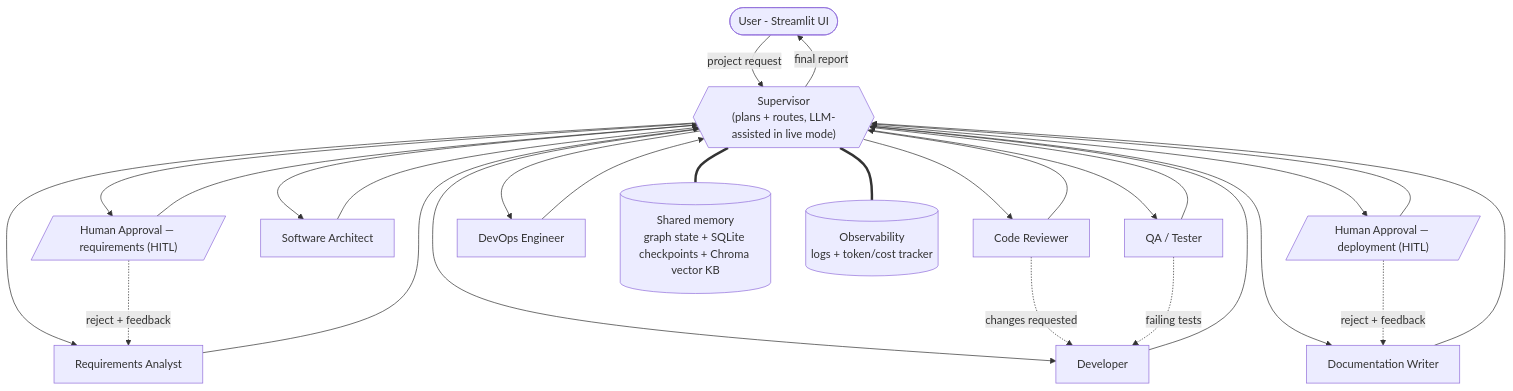
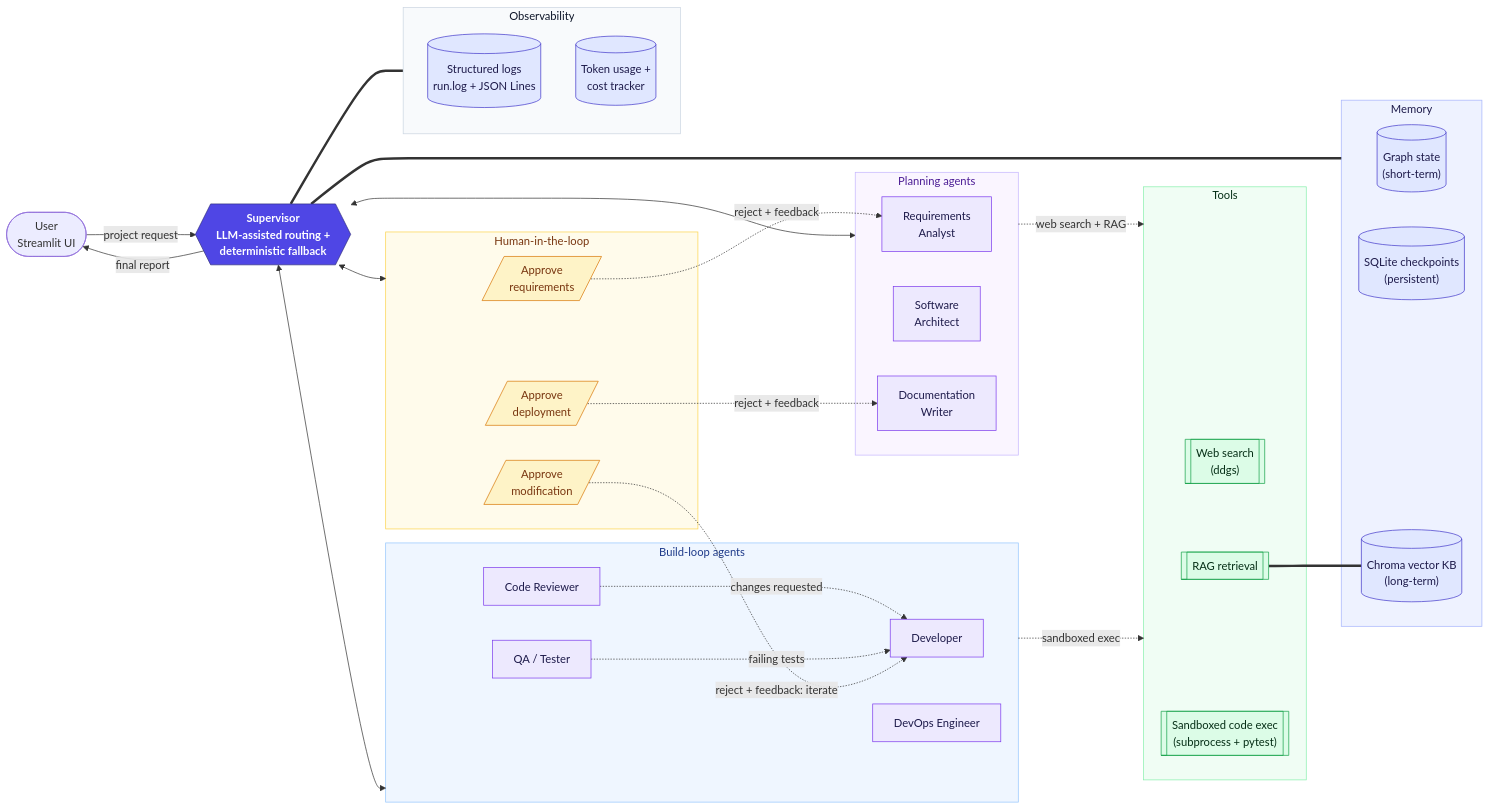
The diagram in docs/architecture.md (ATHOY43259/Devcrew-ai), drawn with Mermaid before and after one commit. The commit also changed other lines of this file and 1 other file, not shown here.

Commit message:
docs: regenerate the architecture diagram to match the current system
The old diagram (from the starter template) showed only 1 HITL gate and
predated the deployment gate, the modification loop, and LLM-assisted
routing entirely — no longer an accurate picture for submission.

Redrew it grouped by rubric category (planning agents, build-loop agents,
HITL gates, tools, memory, observability) with distinct colors per group,
so a grader can map diagram -> rubric line items directly: 7 agents across
2 groups, all 3 HITL gates with their specific reject-loops (Requirements
Analyst, Doc Writer, Developer), the 5 collaboration loops, 3 tools, 3
memory stores, 2 observability stores. Rendered via mermaid.ink from the
markdown source (docs/architecture.md) so the .md and .png stay in sync.

````diff
--- a/docs/architecture.md
+++ b/docs/architecture.md
@@ -14,36 +14,83 @@
 ```mermaid
-flowchart TD
-    USER([User - Streamlit UI])
-    SUP{{"Supervisor<br/>(plans + routes, LLM-assisted in live mode)"}}
-    HITL[/"Human Approval — requirements (HITL)"/]
-    HITL2[/"Human Approval — deployment (HITL)"/]
-    RA["Requirements Analyst"]
-    AR["Software Architect"]
-    DEV["Developer"]
-    REV["Code Reviewer"]
-    QA["QA / Tester"]
-    DOC["Documentation Writer"]
-    OPS["DevOps Engineer"]
-    MEM[("Shared memory<br/>graph state + SQLite checkpoints + Chroma vector KB")]
-    OBS[("Observability<br/>logs + token/cost tracker")]
+flowchart LR
+    USER(["User<br/>Streamlit UI"])
+    SUP{{"Supervisor<br/>LLM-assisted routing +<br/>deterministic fallback"}}
+
+    subgraph PLAN[" Planning agents "]
+        RA["Requirements<br/>Analyst"]
+        AR["Software<br/>Architect"]
+        DOC["Documentation<br/>Writer"]
+    end
+
+    subgraph BUILD[" Build-loop agents "]
+        DEV["Developer"]
+        REV["Code Reviewer"]
+        QA["QA / Tester"]
+        OPS["DevOps Engineer"]
+    end
+
+    subgraph GATES[" Human-in-the-loop "]
+        H1[/"Approve<br/>requirements"/]
+        H2[/"Approve<br/>deployment"/]
+        H3[/"Approve<br/>modification"/]
+    end
+
+    subgraph TOOLS[" Tools "]
+        WS[["Web search<br/>(ddgs)"]]
+        RAG[["RAG retrieval"]]
+        SBX[["Sandboxed code exec<br/>(subprocess + pytest)"]]
+    end
+
+    subgraph MEM[" Memory "]
+        STATE[("Graph state<br/>(short-term)")]
+        CKPT[("SQLite checkpoints<br/>(persistent)")]
+        VKB[("Chroma vector KB<br/>(long-term)")]
+    end
+
+    subgraph OBS[" Observability "]
+        LOGS[("Structured logs<br/>run.log + JSON Lines")]
+        COST[("Token usage +<br/>cost tracker")]
+    end
 
     USER -- "project request" --> SUP
-    SUP --> RA --> SUP
-    SUP --> HITL --> SUP
-    SUP --> AR --> SUP
-    SUP --> DEV --> SUP
-    SUP --> REV --> SUP
-    SUP --> QA --> SUP
-    SUP --> DOC --> SUP
-    SUP --> HITL2 --> SUP
-    SUP --> OPS --> SUP
     SUP -- "final report" --> USER
+
+    SUP <--> PLAN
+    SUP <--> BUILD
+    SUP <--> GATES
+    PLAN -. "web search + RAG" .-> TOOLS
+    BUILD -. "sandboxed exec" .-> TOOLS
+    RAG === VKB
+    SUP === MEM
+    SUP === OBS
 
     REV -. "changes requested" .-> DEV
     QA -. "failing tests" .-> DEV
-    HITL -. "reject + feedback" .-> RA
-    HITL2 -. "reject + feedback" .-> DOC
+    H1 -. "reject + feedback" .-> RA
+    H2 -. "reject + feedback" .-> DOC
+    H3 -. "reject + feedback: iterate" .-> DEV
 
-    SUP === MEM
-    SUP === OBS
+    classDef sup fill:#4f46e5,stroke:#312e81,color:#ffffff,font-weight:bold;
+    classDef gate fill:#fef3c7,stroke:#d97706,color:#78350f;
+    classDef agent fill:#ede9fe,stroke:#7c3aed,color:#1e1b4b;
+    classDef tool fill:#dcfce7,stroke:#16a34a,color:#052e16;
+    classDef store fill:#e0e7ff,stroke:#4338ca,color:#1e1b4b;
+    classDef planBg fill:#faf5ff,stroke:#c4b5fd,color:#4c1d95;
+    classDef buildBg fill:#eff6ff,stroke:#93c5fd,color:#1e3a8a;
+    classDef gateBg fill:#fffbeb,stroke:#fcd34d,color:#78350f;
+    classDef toolBg fill:#f0fdf4,stroke:#86efac,color:#052e16;
+    classDef memBg fill:#eef2ff,stroke:#a5b4fc,color:#1e1b4b;
+    classDef obsBg fill:#f8fafc,stroke:#cbd5e1,color:#0f172a;
+
+    class SUP sup
+    class H1,H2,H3 gate
+    class RA,AR,DOC,DEV,REV,QA,OPS agent
+    class WS,RAG,SBX tool
+    class STATE,CKPT,VKB,LOGS,COST store
+    class PLAN planBg
+    class BUILD buildBg
+    class GATES gateBg
+    class TOOLS toolBg
+    class MEM memBg
+    class OBS obsBg
 ```
````
